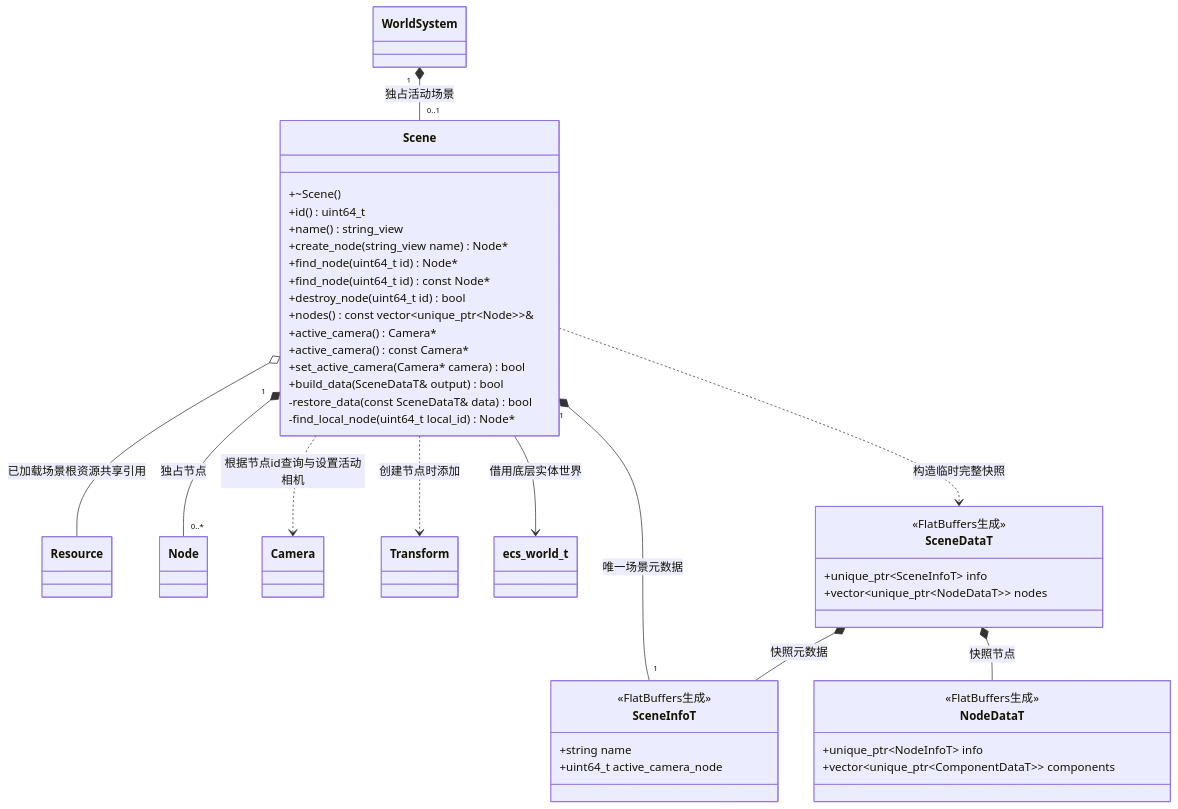
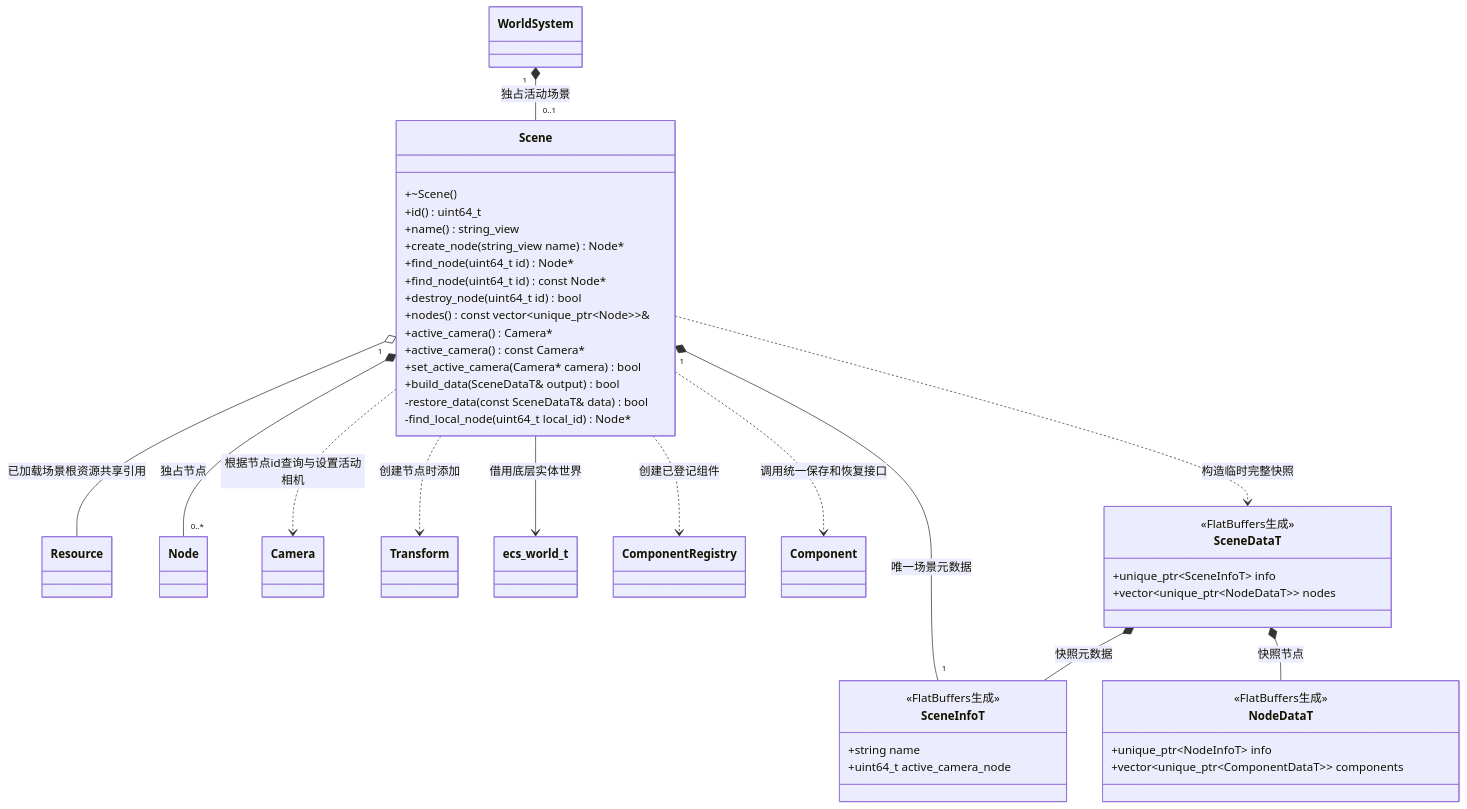
The diagram in docs/runtime/class-diagrams/scene.md (lcals/Engine), drawn with Mermaid before and after one commit. The commit also changed other lines of this file and 188 other files, not shown here.

````diff
--- a/docs/runtime/class-diagrams/scene.md
+++ b/docs/runtime/class-diagrams/scene.md
@@ -7,50 +7,54 @@
 ```mermaid
 classDiagram
     class Scene {
         +~Scene()
         +id() uint64_t
         +name() string_view
         +create_node(string_view name) Node#42;
         +find_node(uint64_t id) Node#42;
         +find_node(uint64_t id) const Node#42;
         +destroy_node(uint64_t id) bool
         +nodes() const vector~unique_ptr~Node~~&
         +active_camera() Camera#42;
         +active_camera() const Camera#42;
         +set_active_camera(Camera#42; camera) bool
         +build_data(SceneDataT& output) bool
         -restore_data(const SceneDataT& data) bool
         -find_local_node(uint64_t local_id) Node#42;
     }
     class Resource
     class WorldSystem
     class Node
     class Camera
     class Transform
     class ecs_world_t
+    class ComponentRegistry
+    class Component
     class SceneInfoT {
         <<FlatBuffers生成>>
         +string name
         +uint64_t active_camera_node
     }
     class SceneDataT {
         <<FlatBuffers生成>>
         +unique_ptr~SceneInfoT~ info
         +vector~unique_ptr~NodeDataT~~ nodes
     }
     class NodeDataT {
         <<FlatBuffers生成>>
         +unique_ptr~NodeInfoT~ info
         +vector~unique_ptr~ComponentDataT~~ components
     }
     WorldSystem "1" *-- "0..1" Scene : 独占活动场景
     Scene "1" *-- "0..*" Node : 独占节点
     Scene o-- Resource : 已加载场景根资源共享引用
     Scene "1" *-- "1" SceneInfoT : 唯一场景元数据
     Scene --> ecs_world_t : 借用底层实体世界
     Scene ..> Camera : 根据节点id查询与设置活动相机
     Scene ..> Transform : 创建节点时添加
     Scene ..> SceneDataT : 构造临时完整快照
+    Scene ..> ComponentRegistry : 创建已登记组件
+    Scene ..> Component : 调用统一保存和恢复接口
     SceneDataT *-- SceneInfoT : 快照元数据
     SceneDataT *-- NodeDataT : 快照节点
 ```
````
